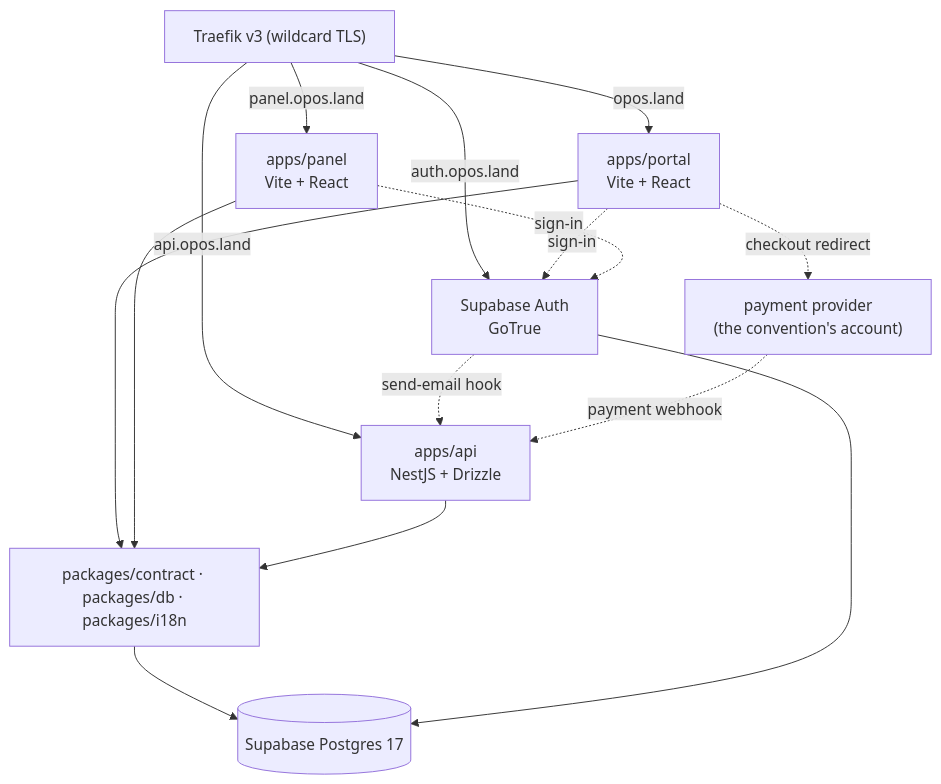
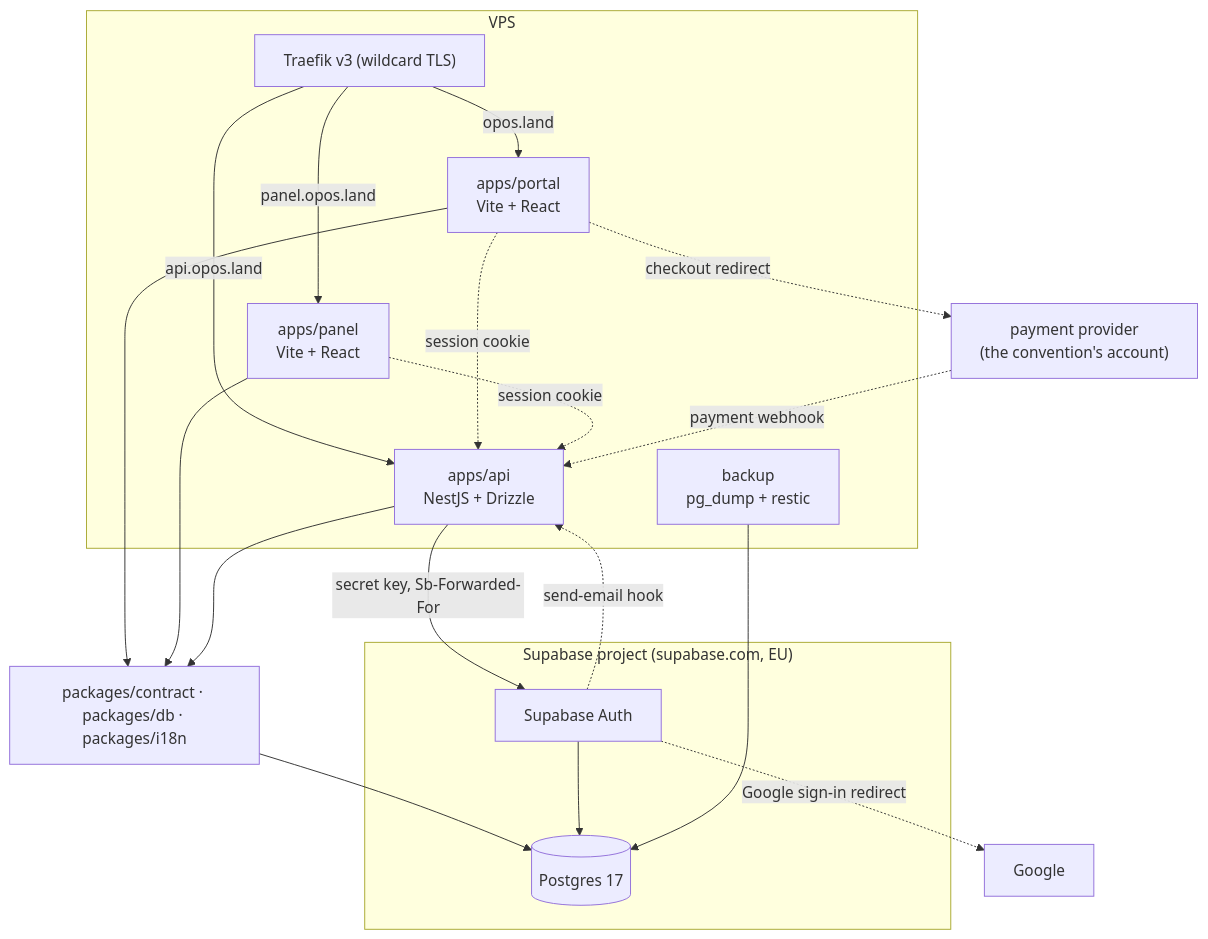
The diagram in docs/PLAN.md (opos-land/opos), drawn with Mermaid before and after one commit. The commit also changed other lines of this file and 2 other files, not shown here.

First line of the commit message:
docs: host supabase on supabase.com behind the api as the only bff (#40)

````diff
--- a/docs/PLAN.md
+++ b/docs/PLAN.md
@@ -37,26 +39,34 @@
 ```mermaid
 graph TB
-    traefik["Traefik v3 (wildcard TLS)"]
-    portal["apps/portal<br>Vite + React"]
-    panel["apps/panel<br>Vite + React"]
-    api["apps/api<br>NestJS + Drizzle"]
-    auth["Supabase Auth<br>GoTrue"]
+    subgraph vps["VPS"]
+        traefik["Traefik v3 (wildcard TLS)"]
+        portal["apps/portal<br>Vite + React"]
+        panel["apps/panel<br>Vite + React"]
+        api["apps/api<br>NestJS + Drizzle"]
+        backup["backup<br>pg_dump + restic"]
+    end
+    subgraph supabase["Supabase project (supabase.com, EU)"]
+        auth["Supabase Auth"]
+        pg[("Postgres 17")]
+    end
     packages["packages/contract · packages/db · packages/i18n"]
-    pg[("Supabase Postgres 17")]
     pay["payment provider<br>(the convention's account)"]
+    google["Google"]
 
     traefik -->|"opos.land"| portal
     traefik -->|"panel.opos.land"| panel
     traefik -->|"api.opos.land"| api
-    traefik -->|"auth.opos.land"| auth
-    portal -.->|"sign-in"| auth
-    panel -.->|"sign-in"| auth
+    portal -.->|"session cookie"| api
+    panel -.->|"session cookie"| api
+    api -->|"secret key, Sb-Forwarded-For"| auth
     auth -.->|"send-email hook"| api
+    auth -.->|"Google sign-in redirect"| google
     portal -.->|"checkout redirect"| pay
     pay -.->|"payment webhook"| api
     portal --> packages
     panel --> packages
     api --> packages
     packages --> pg
     auth --> pg
+    backup --> pg
 ```
````
